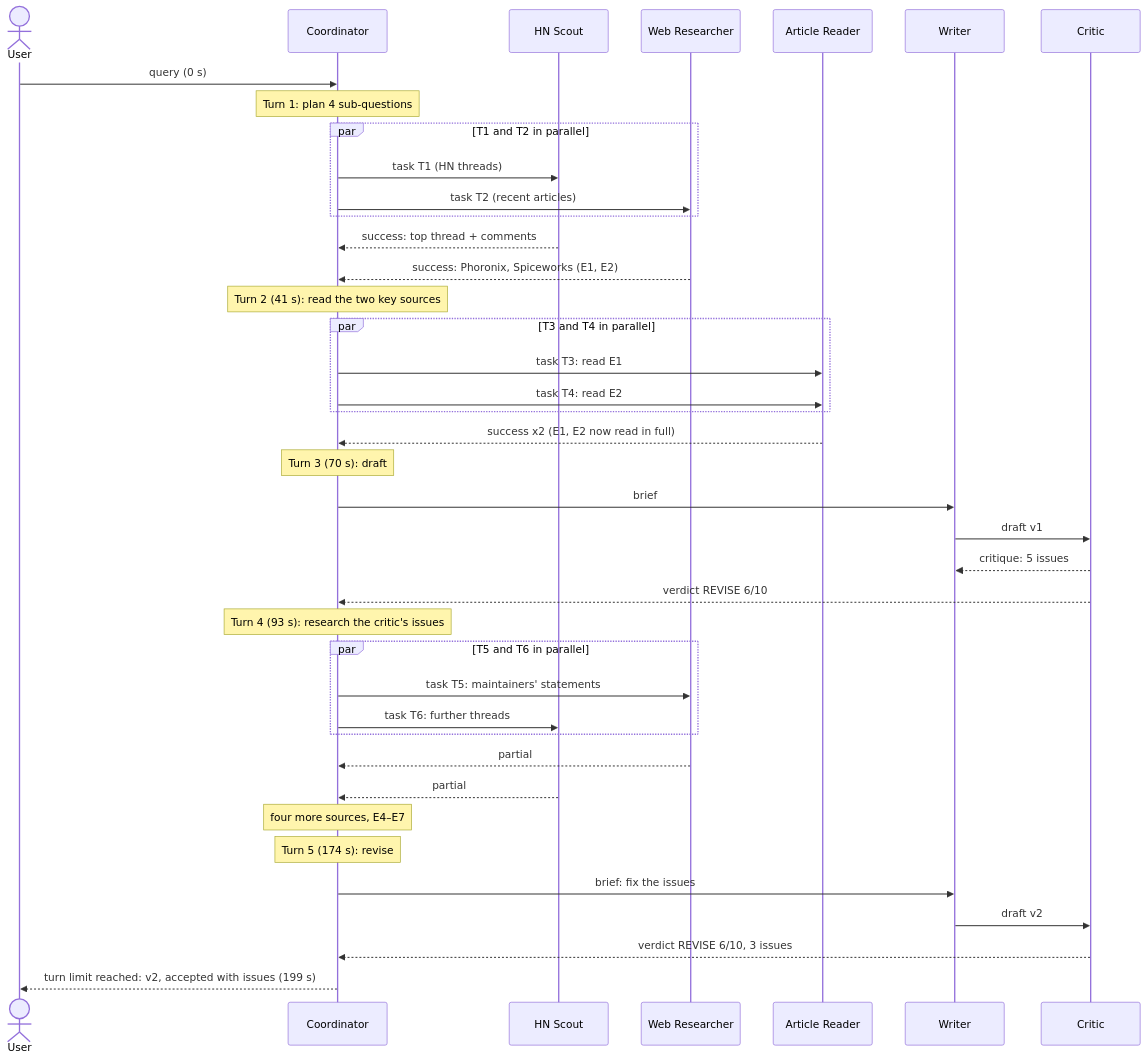
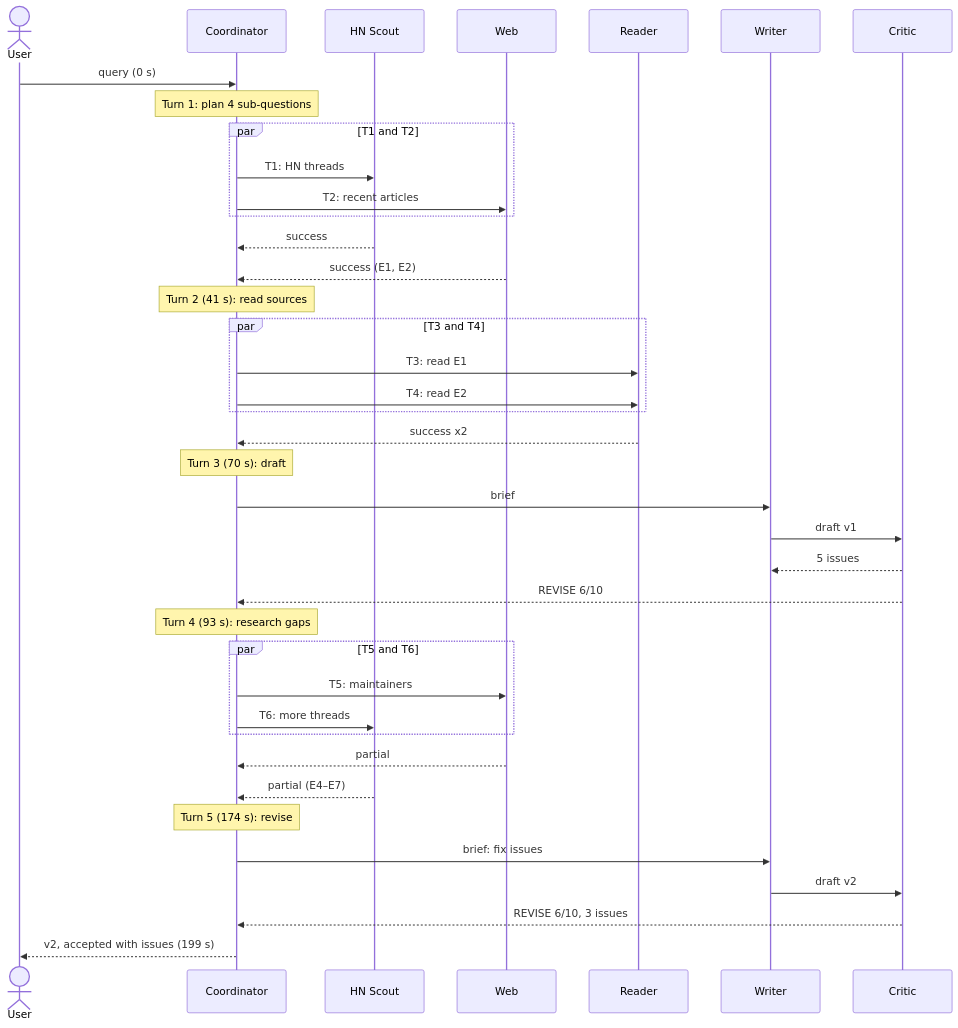
One commit to Shreyanshsaboo/multi-agent-researcher-2 changed the diagram in docs/diagrams/sequence.mmd. Above: the diagram before and after it, drawn with Mermaid. The commit also changed 4 other files, not shown here.

First line of the commit message:
docs: redraw the components and sequence diagrams to fit a page

```diff
--- a/docs/diagrams/sequence.mmd
+++ b/docs/diagrams/sequence.mmd
@@ -1,40 +1,39 @@
 sequenceDiagram
     actor U as User
     participant C as Coordinator
     participant H as HN Scout
-    participant W as Web Researcher
-    participant R as Article Reader
+    participant W as Web
+    participant R as Reader
     participant Wr as Writer
     participant Cr as Critic
     U->>C: query (0 s)
     Note over C: Turn 1: plan 4 sub-questions
-    par T1 and T2 in parallel
-        C->>H: task T1 (HN threads)
-        C->>W: task T2 (recent articles)
+    par T1 and T2
+        C->>H: T1: HN threads
+        C->>W: T2: recent articles
     end
-    H-->>C: success: top thread + comments
-    W-->>C: success: Phoronix, Spiceworks (E1, E2)
-    Note over C: Turn 2 (41 s): read the two key sources
-    par T3 and T4 in parallel
-        C->>R: task T3: read E1
-        C->>R: task T4: read E2
+    H-->>C: success
+    W-->>C: success (E1, E2)
+    Note over C: Turn 2 (41 s): read sources
+    par T3 and T4
+        C->>R: T3: read E1
+        C->>R: T4: read E2
     end
-    R-->>C: success x2 (E1, E2 now read in full)
+    R-->>C: success x2
     Note over C: Turn 3 (70 s): draft
     C->>Wr: brief
     Wr->>Cr: draft v1
-    Cr-->>Wr: critique: 5 issues
-    Cr-->>C: verdict REVISE 6/10
-    Note over C: Turn 4 (93 s): research the critic's issues
-    par T5 and T6 in parallel
-        C->>W: task T5: maintainers' statements
-        C->>H: task T6: further threads
+    Cr-->>Wr: 5 issues
+    Cr-->>C: REVISE 6/10
+    Note over C: Turn 4 (93 s): research gaps
+    par T5 and T6
+        C->>W: T5: maintainers
+        C->>H: T6: more threads
     end
     W-->>C: partial
-    H-->>C: partial
-    Note over C: four more sources, E4–E7
+    H-->>C: partial (E4–E7)
     Note over C: Turn 5 (174 s): revise
-    C->>Wr: brief: fix the issues
+    C->>Wr: brief: fix issues
     Wr->>Cr: draft v2
-    Cr-->>C: verdict REVISE 6/10, 3 issues
-    C-->>U: turn limit reached: v2, accepted with issues (199 s)
+    Cr-->>C: REVISE 6/10, 3 issues
+    C-->>U: v2, accepted with issues (199 s)
```
